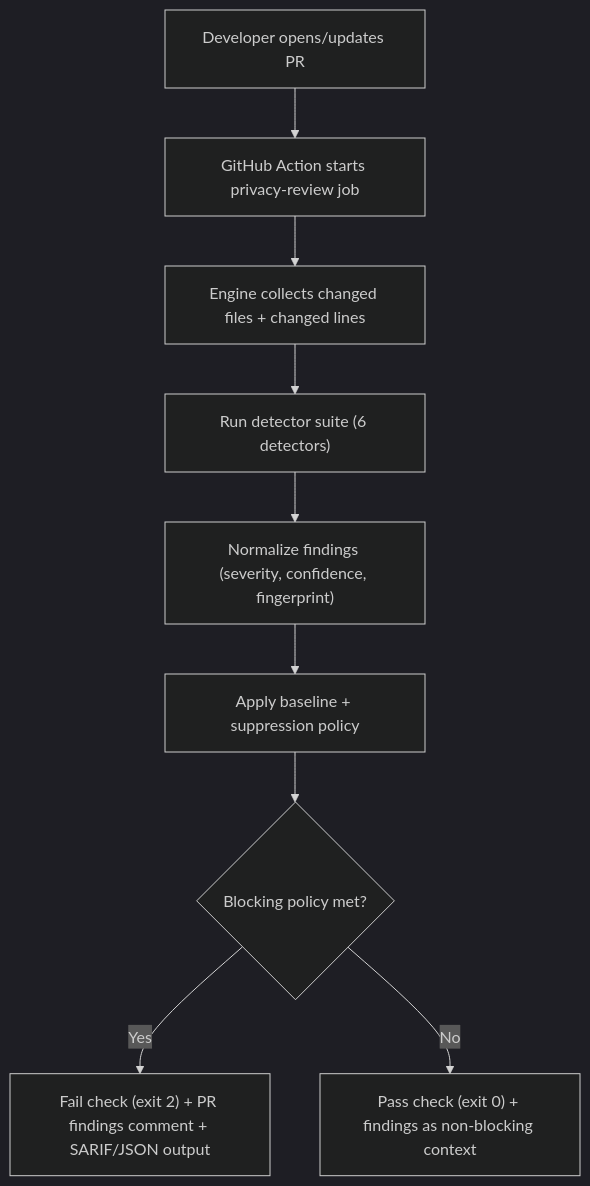
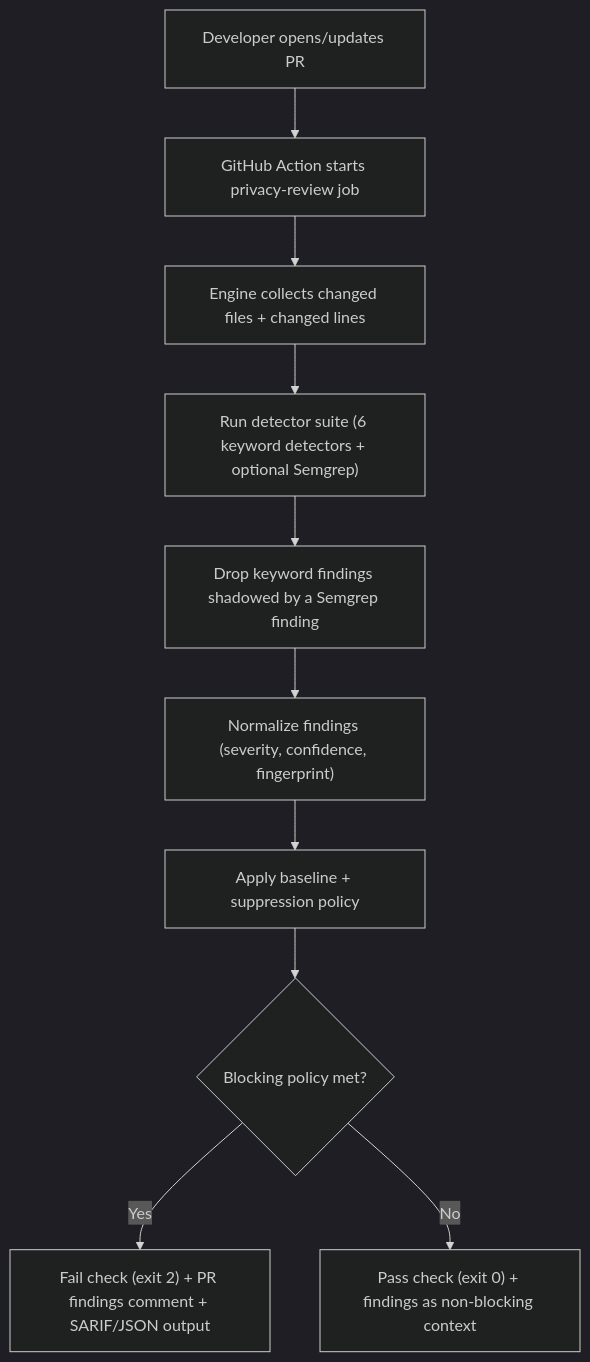
One commit to mukta2701/privacy-review-agent changed the first of 2 diagrams in ARCHITECTURE.md. Above: the diagram before and after it, drawn with Mermaid (dark theme). The commit also changed other lines of this file and 3 other files, not shown here.

Commit message:
Document optional Semgrep engine and rule-test harness

````diff
--- a/ARCHITECTURE.md
+++ b/ARCHITECTURE.md
@@ -20,11 +20,12 @@
 ```mermaid
 flowchart TD
     A["Developer opens/updates PR"] --> B["GitHub Action starts privacy-review job"]
     B --> C["Engine collects changed files + changed lines"]
-    C --> D["Run detector suite (6 detectors)"]
-    D --> E["Normalize findings (severity, confidence, fingerprint)"]
+    C --> D["Run detector suite (6 keyword detectors + optional Semgrep)"]
+    D --> N["Drop keyword findings shadowed by a Semgrep finding"]
+    N --> E["Normalize findings (severity, confidence, fingerprint)"]
     E --> F["Apply baseline + suppression policy"]
     F --> G{"Blocking policy met?"}
     G -- "Yes" --> H["Fail check (exit 2) + PR findings comment + SARIF/JSON output"]
     G -- "No" --> I["Pass check (exit 0) + findings as non-blocking context"]
 ```
````
